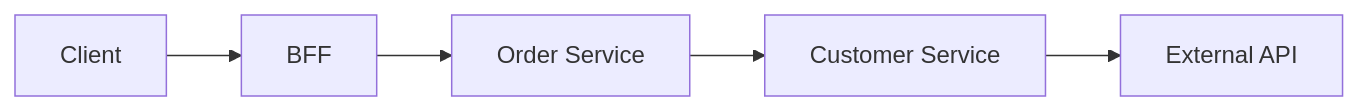
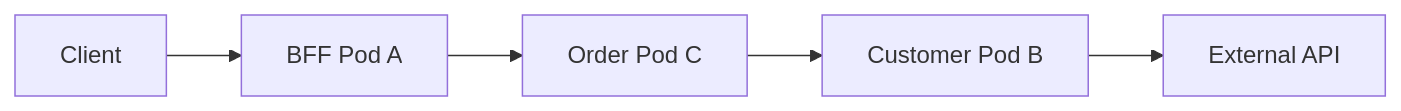
Before and after one commit to jw3418/jw3418.github.io: the seventh of 9 diagrams in _posts/2026-08-16-kubernetes-application-logs.md, drawn with Mermaid. The commit also changed other lines of this file, not shown here.

````diff
--- a/_posts/2026-08-16-kubernetes-application-logs.md
+++ b/_posts/2026-08-16-kubernetes-application-logs.md
@@ -433,7 +203,4 @@
 ```mermaid
 flowchart LR
-    C["Client"] --> B["BFF"]
-    B --> O["Order Service"]
-    O --> U["Customer Service"]
-    U --> E["External API"]
+    C["Client"] --> B["BFF Pod A"] --> O["Order Pod C"] --> U["Customer Pod B"] --> E["External API"]
 ```
````
